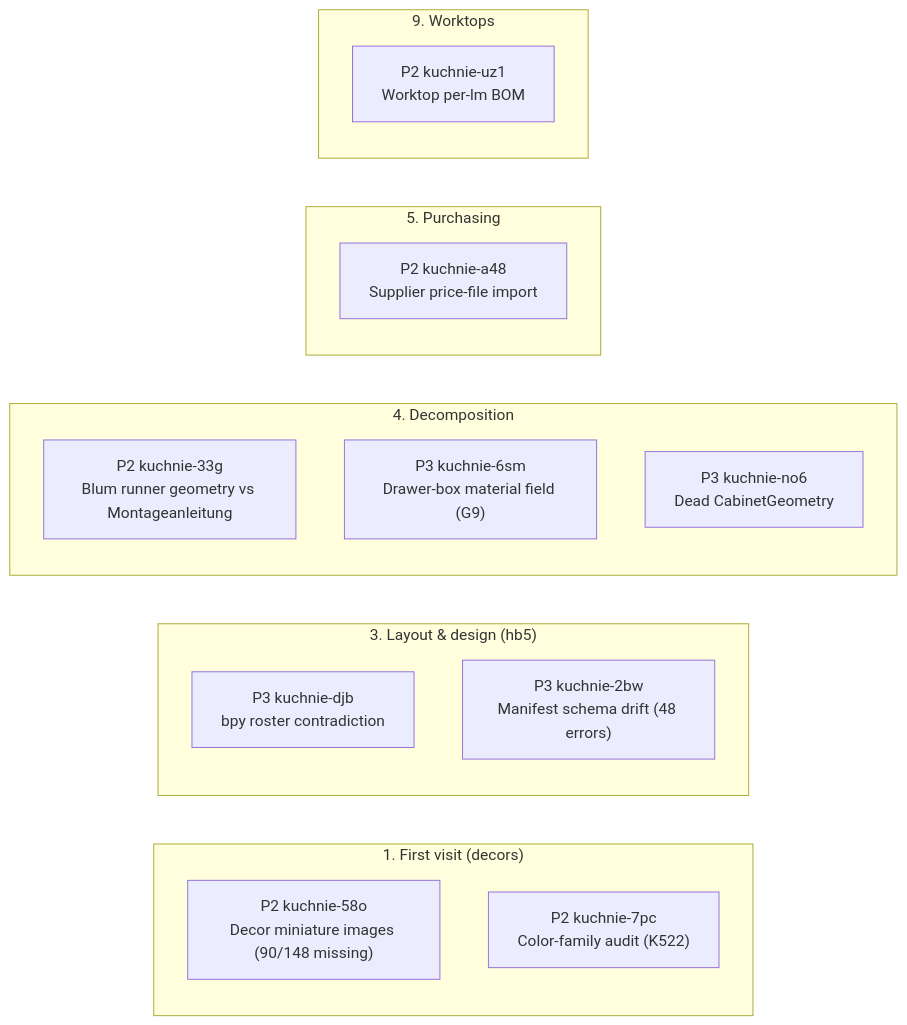
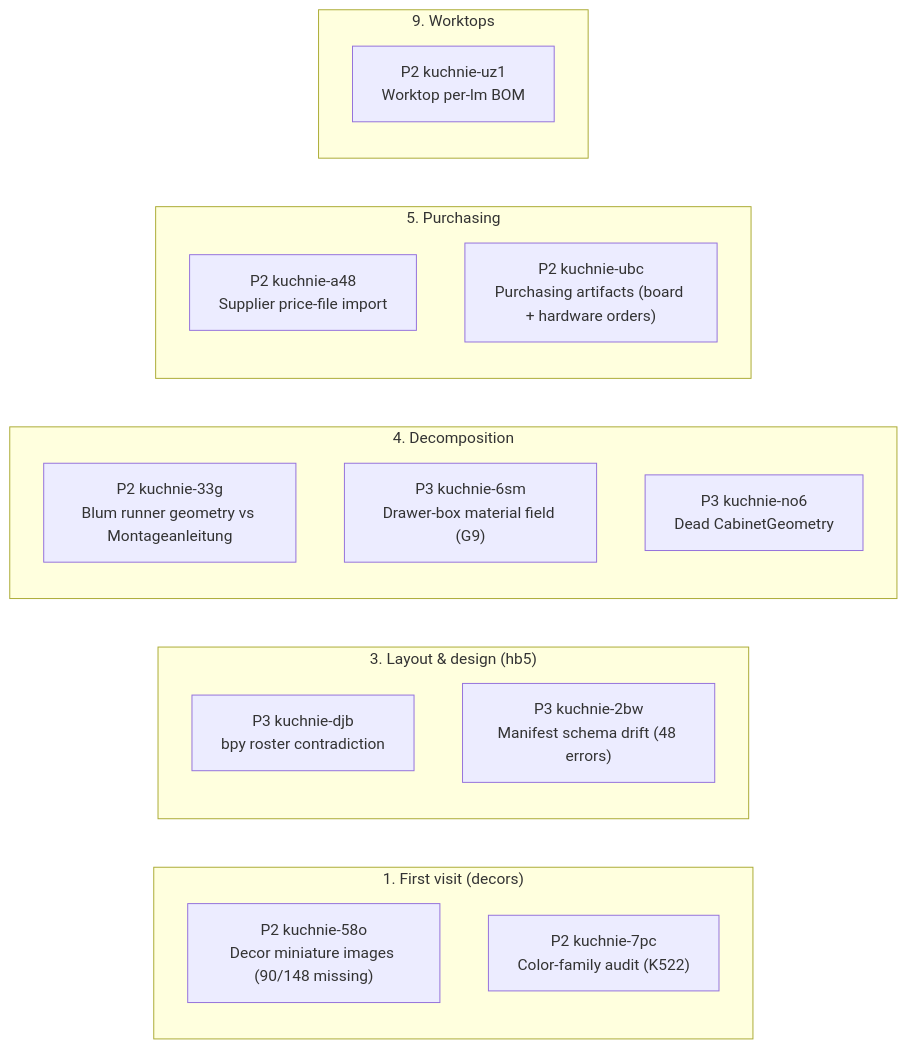
The first of 2 diagrams in STATUS.md (m1981/kuchnie), drawn with Mermaid before and after one commit. The commit also changed other lines of this file and 2 other files, not shown here.

````diff
--- a/STATUS.md
+++ b/STATUS.md
@@ -47,22 +48,23 @@
 ```mermaid
 flowchart LR
     subgraph s1 ["1. First visit (decors)"]
         kuchnie_58o["P2 kuchnie-58o<br/>Decor miniature images (90/148 missing)"]
         kuchnie_7pc["P2 kuchnie-7pc<br/>Color-family audit (K522)"]
     end
     subgraph s3 ["3. Layout & design (hb5)"]
         kuchnie_djb["P3 kuchnie-djb<br/>bpy roster contradiction"]
         kuchnie_2bw["P3 kuchnie-2bw<br/>Manifest schema drift (48 errors)"]
     end
     subgraph s4 ["4. Decomposition"]
         kuchnie_33g["P2 kuchnie-33g<br/>Blum runner geometry vs Montageanleitung"]
         kuchnie_6sm["P3 kuchnie-6sm<br/>Drawer-box material field (G9)"]
         kuchnie_no6["P3 kuchnie-no6<br/>Dead CabinetGeometry"]
     end
     subgraph s5 ["5. Purchasing"]
         kuchnie_a48["P2 kuchnie-a48<br/>Supplier price-file import"]
+        kuchnie_ubc["P2 kuchnie-ubc<br/>Purchasing artifacts (board + hardware orders)"]
     end
     subgraph s9 ["9. Worktops"]
         kuchnie_uz1["P2 kuchnie-uz1<br/>Worktop per-lm BOM"]
     end
 ```
````
